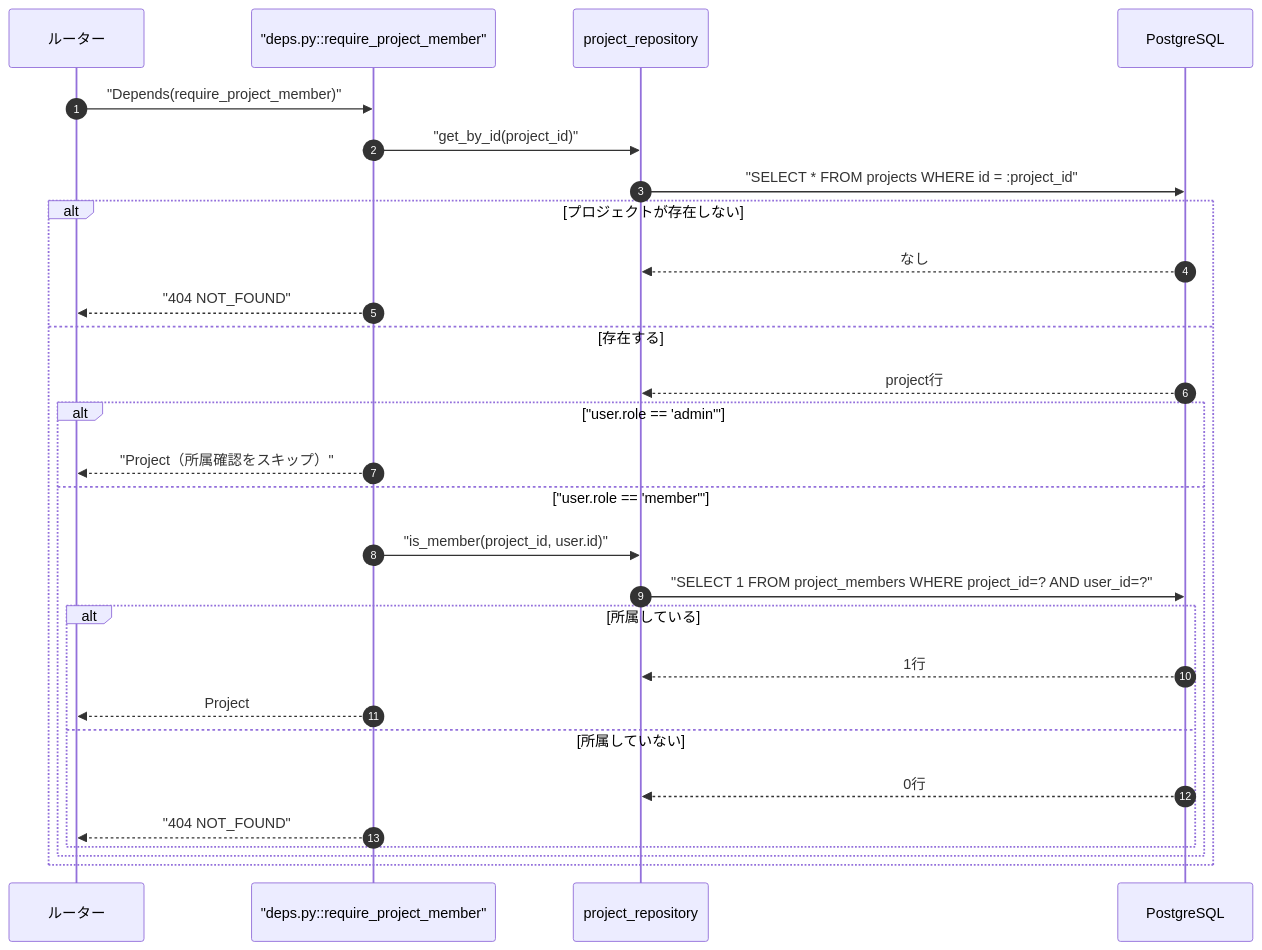
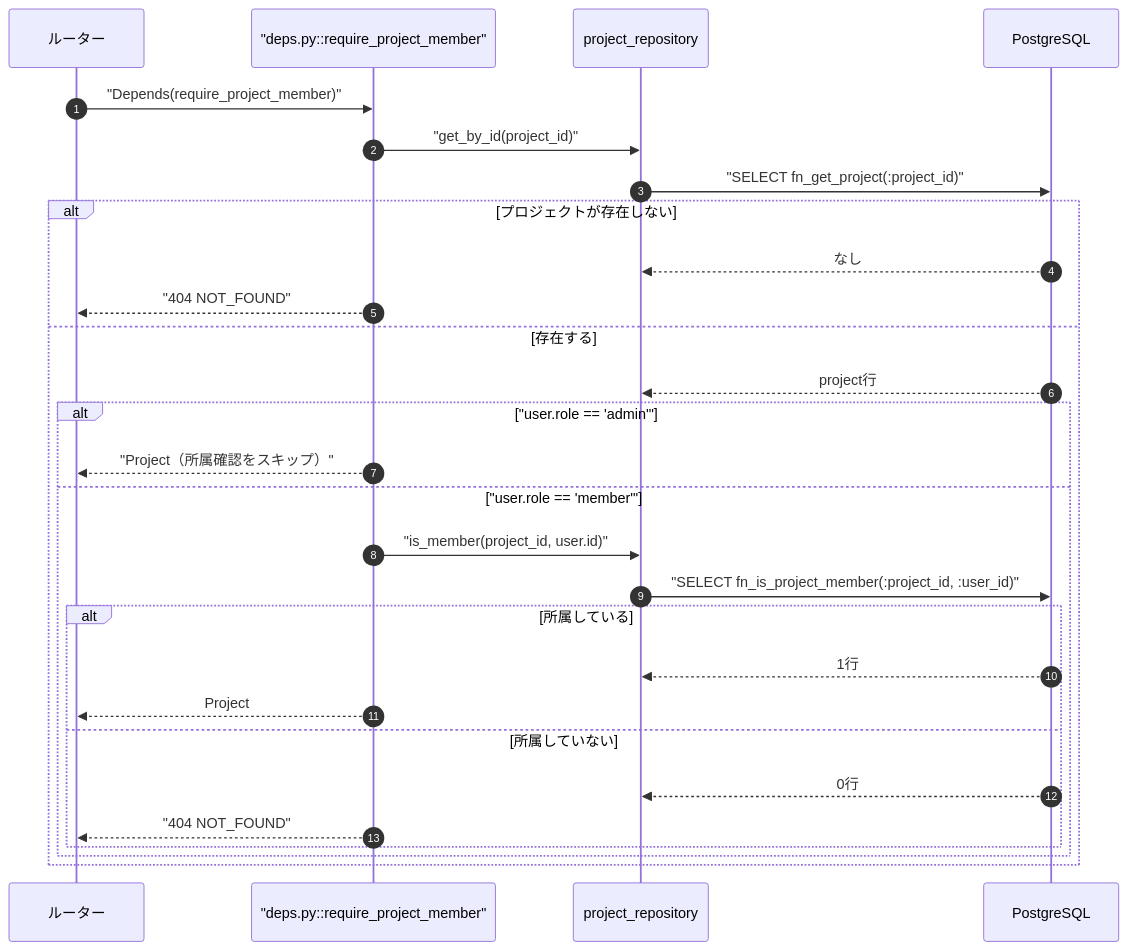
One commit to oikawa-d/task_management changed the first of 5 diagrams in detailed_design/auth/05_rbac.md. Above: the diagram before and after it, drawn with Mermaid. The commit also changed other lines of this file and 58 other files, not shown here.

````diff
--- a/detailed_design/auth/05_rbac.md
+++ b/detailed_design/auth/05_rbac.md
@@ -56,31 +56,31 @@
 ```mermaid
 sequenceDiagram
     autonumber
     participant R as ルーター
     participant DEP as "deps.py::require_project_member"
     participant PR as project_repository
     participant PG as PostgreSQL
 
     R->>DEP: "Depends(require_project_member)"
     DEP->>PR: "get_by_id(project_id)"
-    PR->>PG: "SELECT * FROM projects WHERE id = :project_id"
+    PR->>PG: "SELECT fn_get_project(:project_id)"
     alt プロジェクトが存在しない
         PG-->>PR: なし
         DEP-->>R: "404 NOT_FOUND"
     else 存在する
         PG-->>PR: project行
         alt "user.role == 'admin'"
             DEP-->>R: "Project（所属確認をスキップ）"
         else "user.role == 'member'"
             DEP->>PR: "is_member(project_id, user.id)"
-            PR->>PG: "SELECT 1 FROM project_members WHERE project_id=? AND user_id=?"
+            PR->>PG: "SELECT fn_is_project_member(:project_id, :user_id)"
             alt 所属している
                 PG-->>PR: 1行
                 DEP-->>R: Project
             else 所属していない
                 PG-->>PR: 0行
                 DEP-->>R: "404 NOT_FOUND"
             end
         end
     end
 ```
````
